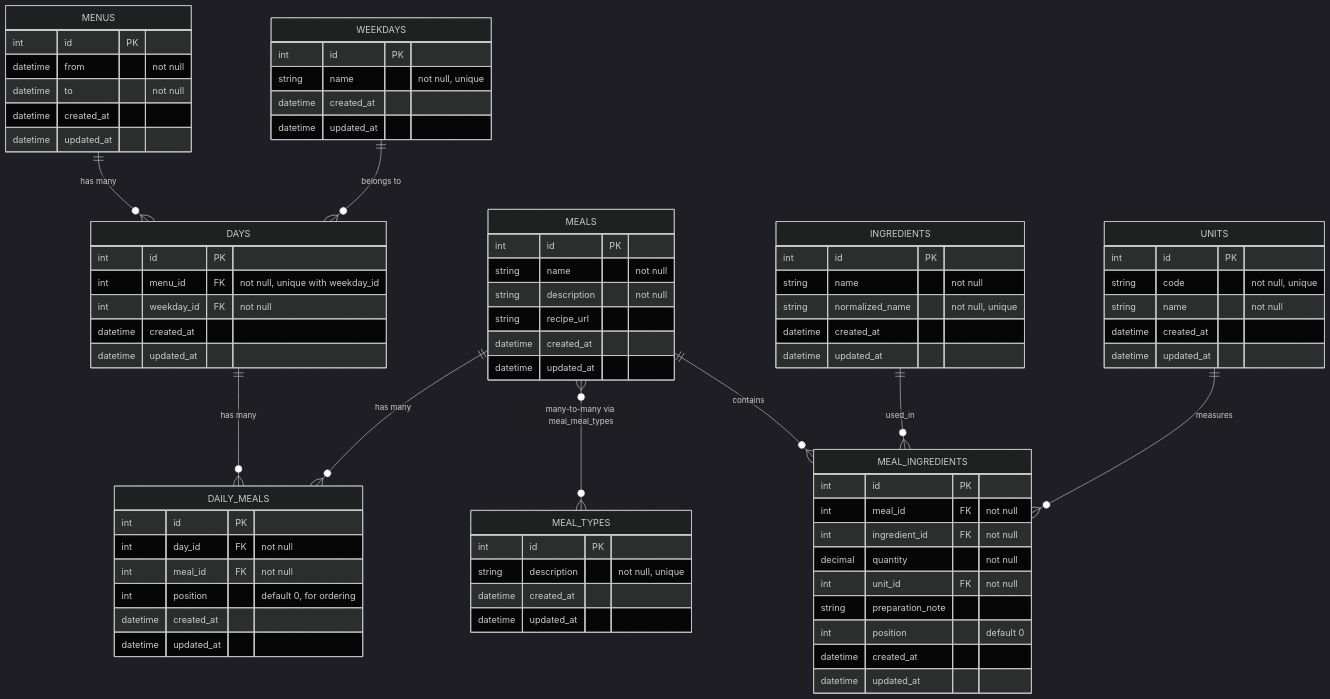
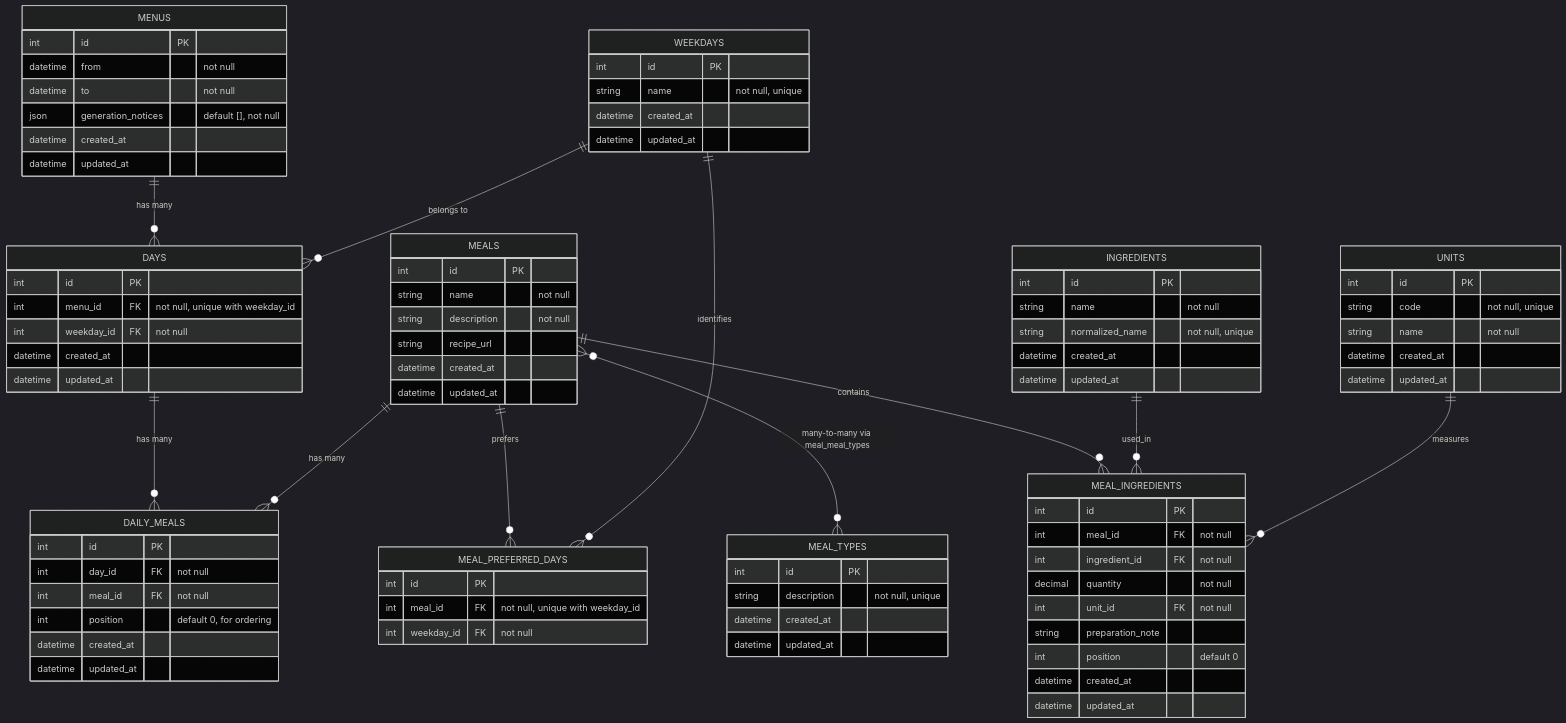
The diagram in docs/database.md (DarthCharles/meal_planner), drawn with Mermaid (dark theme) before and after one commit. The commit also changed other lines of this file and 26 other files, not shown here.

Commit message:
Add preferred days for meals and preference-aware menu generation

```diff
--- a/docs/database.md
+++ b/docs/database.md
@@ -10,6 +10,8 @@
   WEEKDAYS ||--o{ DAYS : "belongs to"
   DAYS ||--o{ DAILY_MEALS : "has many"
   MEALS ||--o{ DAILY_MEALS : "has many"
+  MEALS ||--o{ MEAL_PREFERRED_DAYS : prefers
+  WEEKDAYS ||--o{ MEAL_PREFERRED_DAYS : identifies
   MEALS }o--o{ MEAL_TYPES : "many-to-many via meal_meal_types"
   MEALS ||--o{ MEAL_INGREDIENTS : contains
   INGREDIENTS ||--o{ MEAL_INGREDIENTS : used_in
@@ -19,6 +21,7 @@
     int id PK
     datetime from "not null"
     datetime to "not null"
+    json generation_notices "default [], not null"
     datetime created_at
     datetime updated_at
   }
@@ -56,6 +59,12 @@
     datetime updated_at
   }
 
+  MEAL_PREFERRED_DAYS {
+    int id PK
+    int meal_id FK "not null, unique with weekday_id"
+    int weekday_id FK "not null"
+  }
+
   MEAL_TYPES {
     int id PK
     string description "not null, unique"
```
